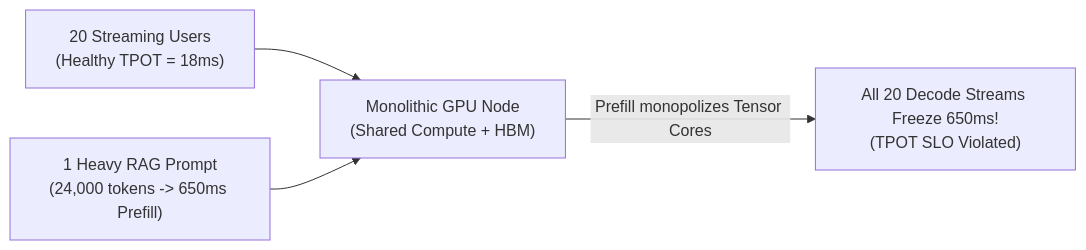
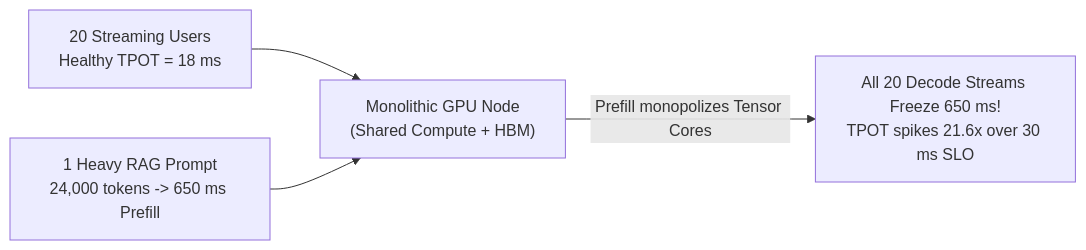
Before and after one commit to Amie-dev/FDE-and-GenAI-Mastery: the second of 2 diagrams in Lecture 40 - Distributed Inference SGLang llm-d and Dynamo/notes/01_Limits_of_Single_Node_Inference_Serving.md, drawn with Mermaid. The commit also changed other lines of this file and 92 other files, not shown here.

````diff
--- a/Lecture 40 - Distributed Inference SGLang llm-d and Dynamo/notes/01_Limits_of_Single_Node_Inference_Serving.md
+++ b/Lecture 40 - Distributed Inference SGLang llm-d and Dynamo/notes/01_Limits_of_Single_Node_Inference_Serving.md
@@ -55,6 +81,6 @@
 ```mermaid
 flowchart LR
-    U1["20 Streaming Users<br/>(Healthy TPOT = 18ms)"] --> GPU["Monolithic GPU Node<br/>(Shared Compute + HBM)"]
-    U2["1 Heavy RAG Prompt<br/>(24,000 tokens -> 650ms Prefill)"] --> GPU
-    GPU -->|"Prefill monopolizes Tensor Cores"| Freeze["All 20 Decode Streams Freeze 650ms!<br/>(TPOT SLO Violated)"]
+    U1["20 Streaming Users<br/>Healthy TPOT = 18 ms"] --> GPU["Monolithic GPU Node<br/>(Shared Compute + HBM)"]
+    U2["1 Heavy RAG Prompt<br/>24,000 tokens -> 650 ms Prefill"] --> GPU
+    GPU -->|"Prefill monopolizes Tensor Cores"| Freeze["All 20 Decode Streams Freeze 650 ms!<br/>TPOT spikes 21.6x over 30 ms SLO"]
 ```
````
